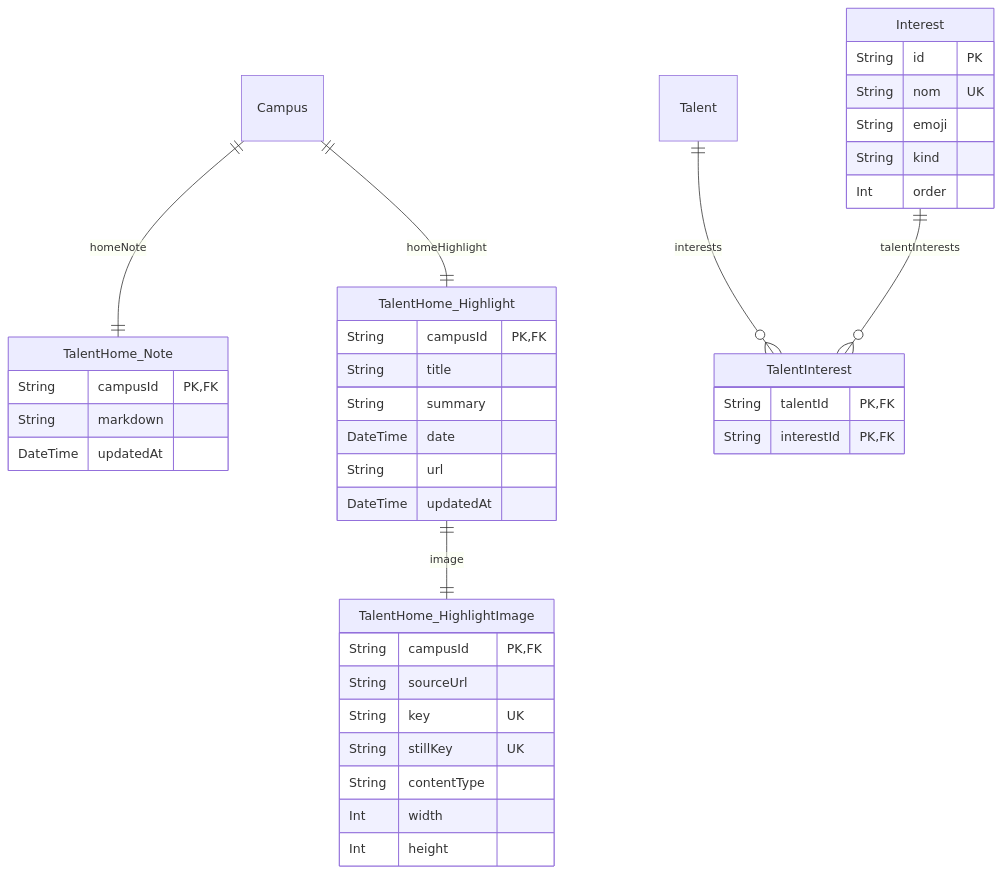
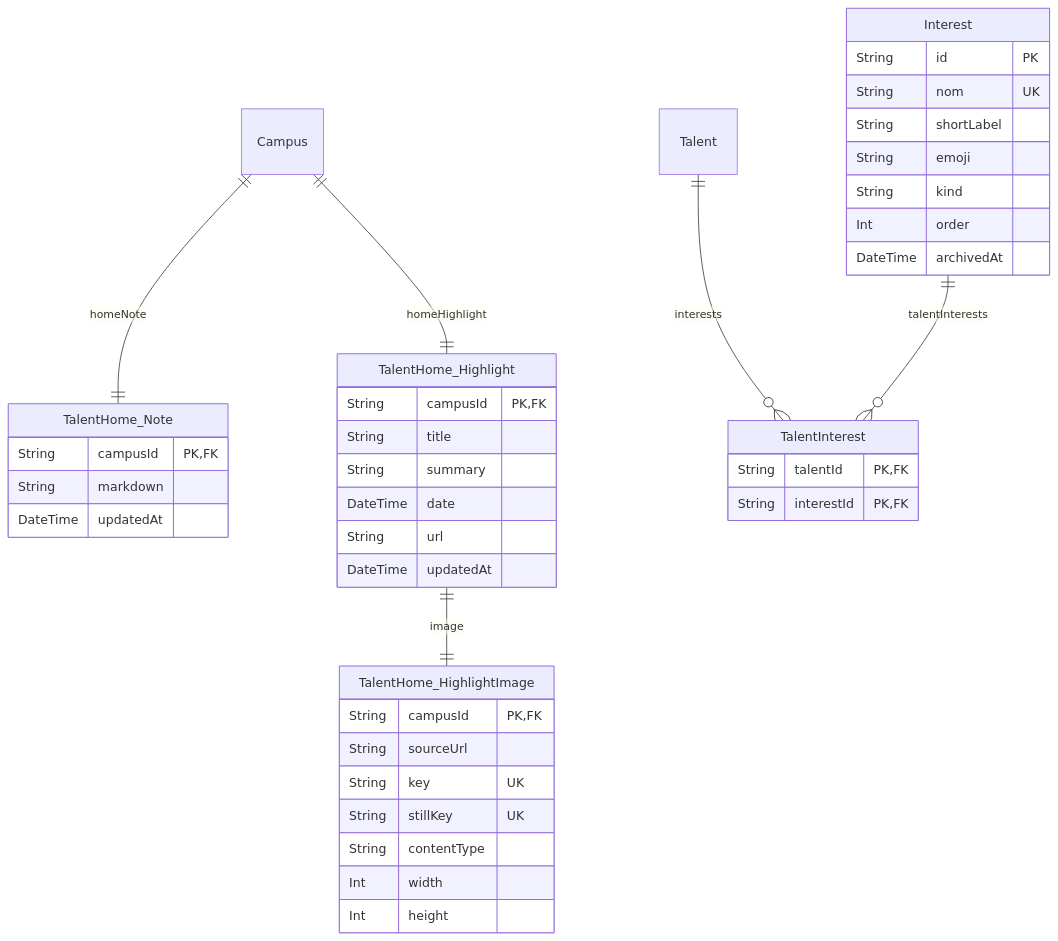
The tenth of 13 diagrams in frontend/docs/database.md (Manta-Epitech-Academy/jump), drawn with Mermaid before and after one commit. The commit also changed other lines of this file and 16 other files, not shown here.

````diff
--- a/frontend/docs/database.md
+++ b/frontend/docs/database.md
@@ -948,45 +956,47 @@
 ```mermaid
 erDiagram
   TalentHome_Note {
     String campusId PK,FK
     String markdown
     DateTime updatedAt
   }
   TalentHome_Highlight {
     String campusId PK,FK
     String title
     String summary
     DateTime date
     String url
     DateTime updatedAt
   }
   TalentHome_HighlightImage {
     String campusId PK,FK
     String sourceUrl
     String key UK
     String stillKey UK
     String contentType
     Int width
     Int height
   }
   Interest {
     String id PK
     String nom UK
+    String shortLabel
     String emoji
     String kind
     Int order
+    DateTime archivedAt
   }
   TalentInterest {
     String talentId PK,FK
     String interestId PK,FK
   }
   Talent {
   }
   Campus {
   }
   Talent ||--o{ TalentInterest : "interests"
   Campus ||--|| TalentHome_Note : "homeNote"
   Campus ||--|| TalentHome_Highlight : "homeHighlight"
   TalentHome_Highlight ||--|| TalentHome_HighlightImage : "image"
   Interest ||--o{ TalentInterest : "talentInterests"
 ```
````
